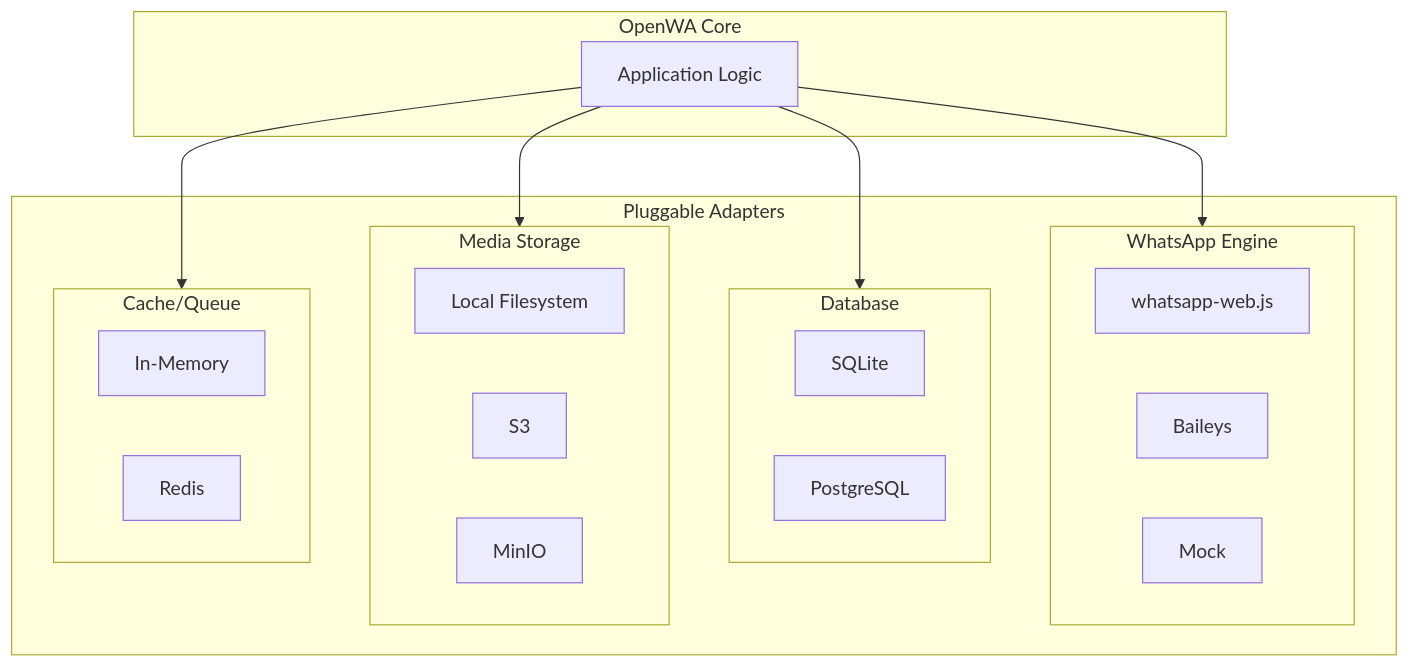
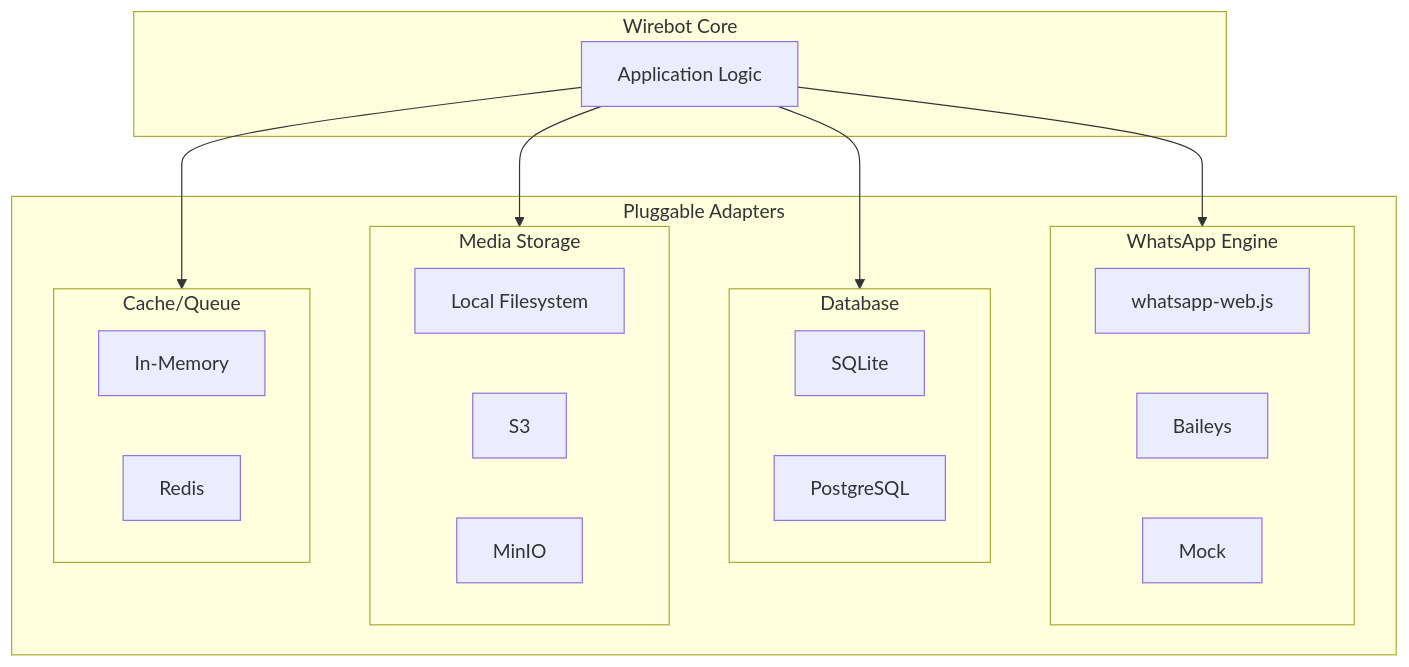
One commit to Octapus-systems/whatsapp_Dashboard changed diagram 23 of 24 in docs/03-system-architecture.md. Above: the diagram before and after it, drawn with Mermaid. The commit also changed other lines of this file and 86 other files, not shown here.

Commit message:
chore: rebrand OpenWA to Wirebot, attribute to Jishad

````diff
--- a/docs/03-system-architecture.md
+++ b/docs/03-system-architecture.md
@@ -1243,35 +1243,35 @@
 ```mermaid
 flowchart TB
-    subgraph Core["OpenWA Core"]
+    subgraph Core["Wirebot Core"]
         APP[Application Logic]
     end
 
     subgraph Adapters["Pluggable Adapters"]
         subgraph Engine["WhatsApp Engine"]
             E1[whatsapp-web.js]
             E2[Baileys]
             E3[Mock]
         end
 
         subgraph Database["Database"]
             D1[SQLite]
             D2[PostgreSQL]
         end
 
         subgraph Storage["Media Storage"]
             S1[Local Filesystem]
             S2[S3]
             S3[MinIO]
         end
 
         subgraph Cache["Cache/Queue"]
             C1[In-Memory]
             C2[Redis]
         end
     end
 
     APP --> Engine
     APP --> Database
     APP --> Storage
     APP --> Cache
 ```
````
